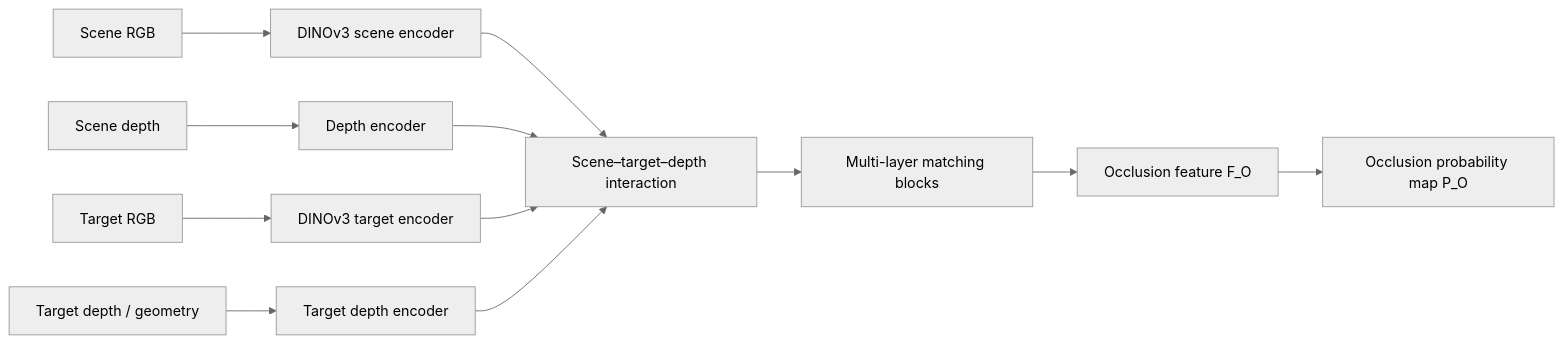
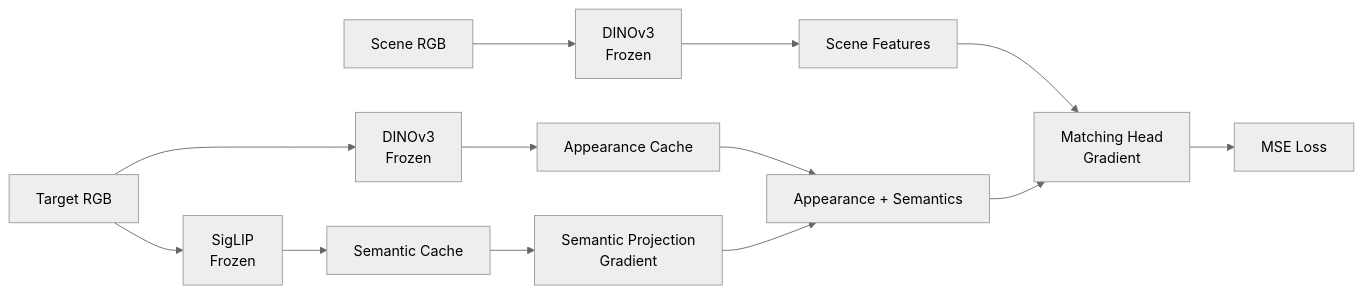
The third of 3 diagrams in README2.md (JeonHaneul/2D-PDM_DINOv3), drawn with Mermaid (neutral theme) before and after one commit. The commit also changed other lines of this file, not shown here.

````diff
--- a/README2.md
+++ b/README2.md
@@ -484,15 +288,12 @@
 ```mermaid
 flowchart LR
-    RGB["Scene RGB"] --> RE["DINOv3 scene encoder"]
-    DEPTH["Scene depth"] --> DE["Depth encoder"]
-    TARGET["Target RGB"] --> TE["DINOv3 target encoder"]
-    TDEPTH["Target depth / geometry"] --> TDE["Target depth encoder"]
-
-    RE --> I["Scene–target–depth interaction"]
-    DE --> I
-    TE --> I
-    TDE --> I
-    I --> MB["Multi-layer matching blocks"]
-    MB --> OF["Occlusion feature F_O"]
-    OF --> OM["Occlusion probability map P_O"]
+    SCENE["Scene RGB"] --> DINO_S["DINOv3<br/>Frozen"] --> SF["Scene Features"]
+    TARGET["Target RGB"] --> DINO_T["DINOv3<br/>Frozen"] --> ACACHE["Appearance Cache"]
+    TARGET --> SIG["SigLIP<br/>Frozen"] --> SCACHE["Semantic Cache"]
+    SCACHE --> PROJ["Semantic Projection<br/>Gradient"]
+    ACACHE --> ADD["Appearance + Semantics"]
+    PROJ --> ADD
+    SF --> HEAD["Matching Head<br/>Gradient"]
+    ADD --> HEAD
+    HEAD --> LOSS["MSE Loss"]
 ```
````
